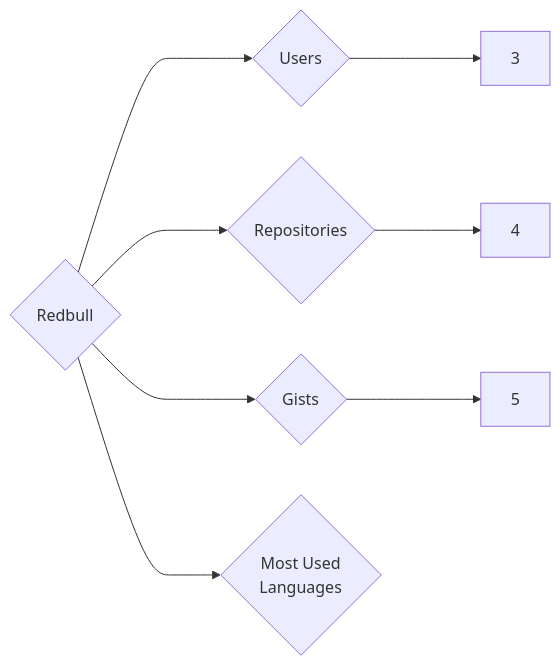
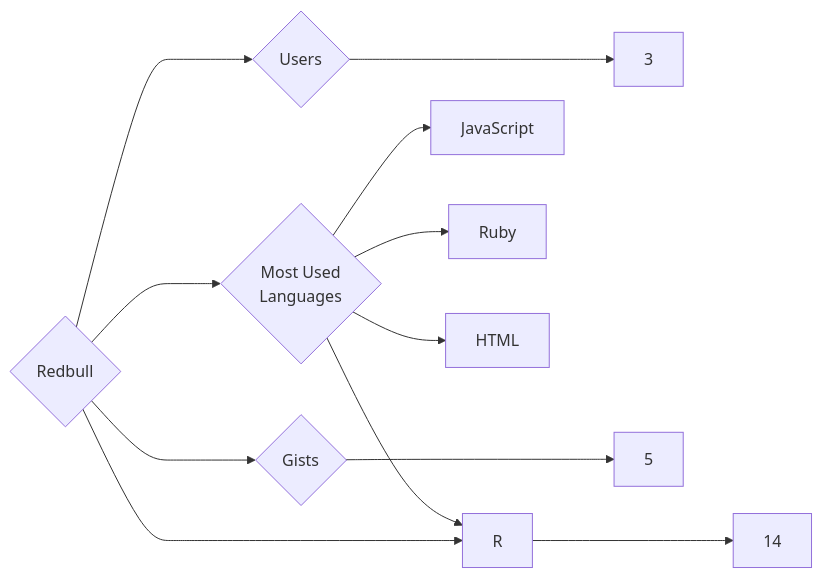
One commit to trickest/insiders changed the diagram in targets/Redbull/README.md. Above: the diagram before and after it, drawn with Mermaid. The commit also changed 970 other files, not shown here.

````diff
--- a/targets/Redbull/README.md
+++ b/targets/Redbull/README.md
@@ -3,8 +3,12 @@
 ```mermaid
 graph LR
 COMPANY_NAME{Redbull}
 COMPANY_NAME ---> U{Users} ---> UN[3]
-COMPANY_NAME ---> R{Repositories} ---> RN[4]
+COMPANY_NAME ---> R{Repositories} ---> RN[14]
 COMPANY_NAME ---> G{Gists} ---> GN[5]
 COMPANY_NAME ---> ML{Most Used<br>Languages}
+ML --> JavaScript[JavaScript]
+ML --> Ruby[Ruby]
+ML --> HTML[HTML]
+ML --> R[R]
 ```
````
